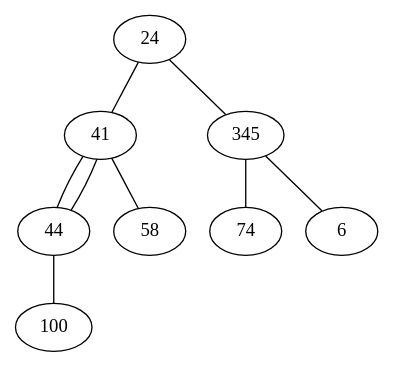
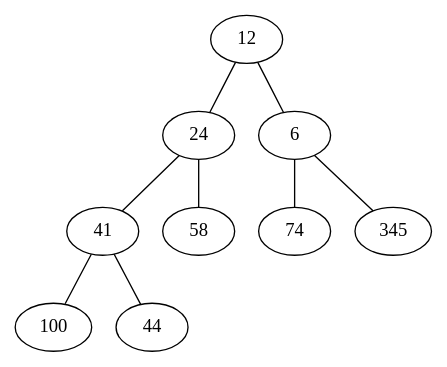
The diagram in tas_binaire/mathieu/graph_tas.dot (corentinckf/projetZ1), drawn with Graphviz before and after one commit. The commit also changed 7 other files, not shown here.

```diff
--- a/tas_binaire/mathieu/graph_tas.dot
+++ b/tas_binaire/mathieu/graph_tas.dot
@@ -1,10 +1,10 @@
 graph { 
+	12--24
+	12--6
 	24--41
-	24--345
+	24--58
+	6--74
+	6--345
+	41--100
 	41--44
-	41--58
-	345--74
-	345--6
-	44--100
-	44--41
 } 
```
